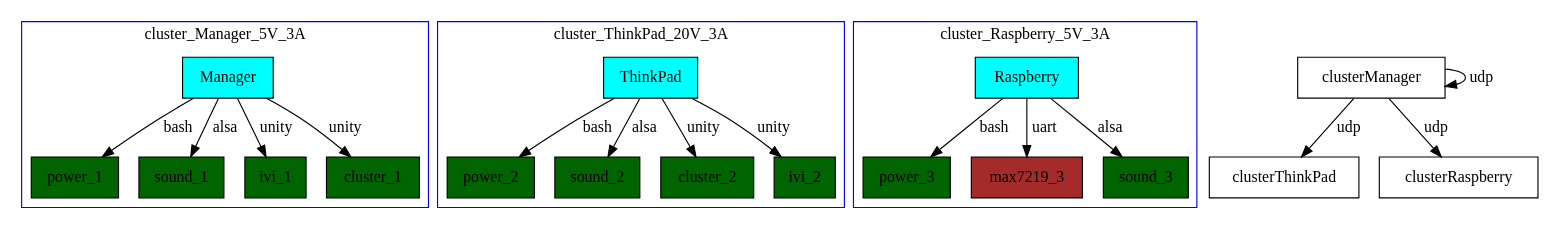
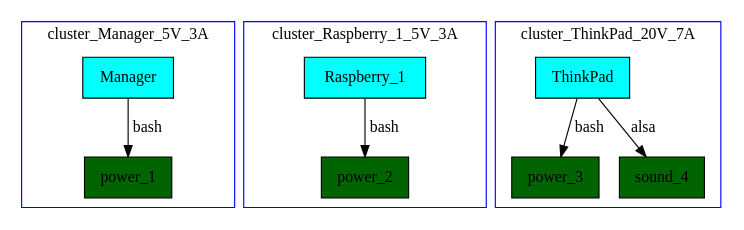
One commit to YvesCousteau/ProtoCom changed the diagram in manager/client/src/assets/diagram.gv. Above: the diagram before and after it, drawn with Graphviz. The commit also changed 8 other files, not shown here.

Commit message:
graphiz nickel

```diff
--- a/manager/client/src/assets/diagram.gv
+++ b/manager/client/src/assets/diagram.gv
@@ -1,40 +1,27 @@
 digraph G {
 	node [shape=record]
 	subgraph clusterManager {
 		color=blue label=cluster_Manager_5V_3A
 		Manager [fillcolor=cyan style=filled]
 		power_1 [fillcolor=darkgreen style=filled]
 		Manager -> power_1 [label=bash len=2.0]
-		sound_1 [fillcolor=darkgreen style=filled]
-		Manager -> sound_1 [label=alsa len=2.0]
-		ivi_1 [fillcolor=darkgreen style=filled]
-		Manager -> ivi_1 [label=unity len=2.0]
-		cluster_1 [fillcolor=darkgreen style=filled]
-		Manager -> cluster_1 [label=unity len=2.0]
+	}
+	subgraph clusterRaspberry_1 {
+		color=blue label=cluster_Raspberry_1_5V_3A
+		Raspberry_1 [fillcolor=cyan style=filled]
+		power_2 [fillcolor=darkgreen style=filled]
+		Raspberry_1 -> power_2 [label=bash len=2.0]
 	}
 	subgraph clusterThinkPad {
-		color=blue label=cluster_ThinkPad_20V_3A
+		color=blue label=cluster_ThinkPad_20V_7A
 		ThinkPad [fillcolor=cyan style=filled]
-		power_2 [fillcolor=darkgreen style=filled]
-		ThinkPad -> power_2 [label=bash len=2.0]
-		sound_2 [fillcolor=darkgreen style=filled]
-		ThinkPad -> sound_2 [label=alsa len=2.0]
-		cluster_2 [fillcolor=darkgreen style=filled]
-		ThinkPad -> cluster_2 [label=unity len=2.0]
-		ivi_2 [fillcolor=darkgreen style=filled]
-		ThinkPad -> ivi_2 [label=unity len=2.0]
+		power_3 [fillcolor=darkgreen style=filled]
+		ThinkPad -> power_3 [label=bash len=2.0]
 	}
-	subgraph clusterRaspberry {
-		color=blue label=cluster_Raspberry_5V_3A
-		Raspberry [fillcolor=cyan style=filled]
-		power_3 [fillcolor=darkgreen style=filled]
-		Raspberry -> power_3 [label=bash len=2.0]
-		max7219_3 [fillcolor=brown style=filled]
-		Raspberry -> max7219_3 [label=uart len=2.0]
-		sound_3 [fillcolor=darkgreen style=filled]
-		Raspberry -> sound_3 [label=alsa len=2.0]
+	subgraph clusterThinkPad {
+		color=blue label=cluster_ThinkPad_20V_7A
+		ThinkPad [fillcolor=cyan style=filled]
+		sound_4 [fillcolor=darkgreen style=filled]
+		ThinkPad -> sound_4 [label=alsa len=2.0]
 	}
-	clusterManager -> clusterManager [label=udp len=10.0]
-	clusterManager -> clusterThinkPad [label=udp len=10.0]
-	clusterManager -> clusterRaspberry [label=udp len=10.0]
 }
```
